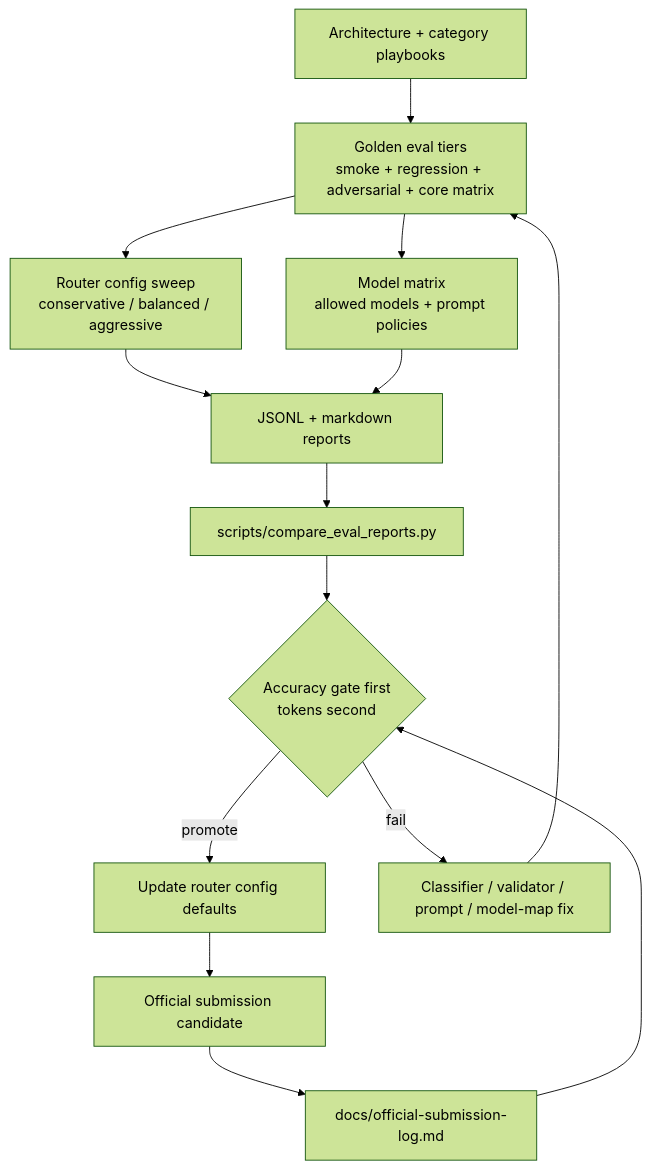
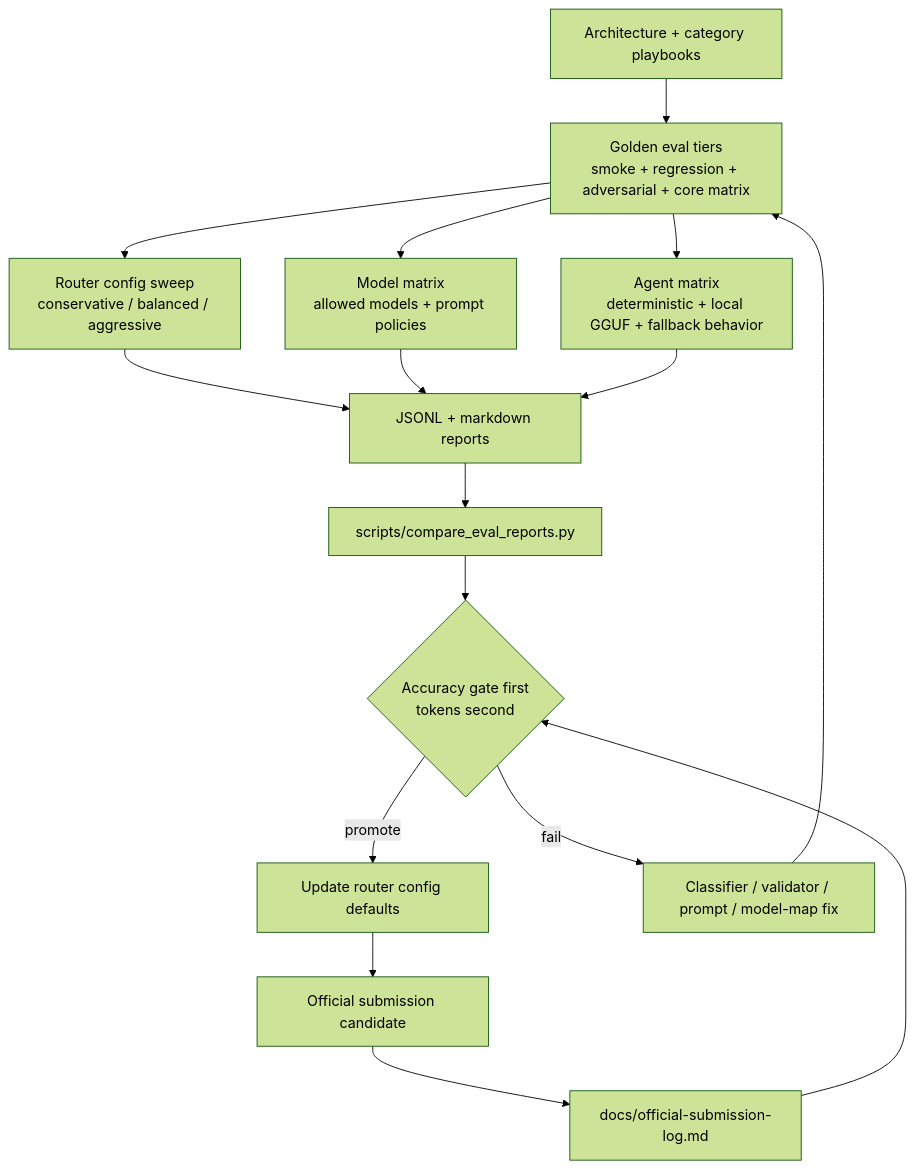
One commit to antoinemawad/juggernaut-router changed the fifth of 5 diagrams in docs/planned-architecture-diagram.md. Above: the diagram before and after it, drawn with Mermaid (forest theme). The commit also changed other lines of this file, not shown here.

Commit message:
Update architecture diagram for local model routing

````diff
--- a/docs/planned-architecture-diagram.md
+++ b/docs/planned-architecture-diagram.md
@@ -161,16 +191,18 @@
 ```mermaid
 flowchart TD
     PLAN[Architecture + category playbooks] --> DATA[Golden eval tiers<br/>smoke + regression + adversarial + core matrix]
     DATA --> SWEEP[Router config sweep<br/>conservative / balanced / aggressive]
     DATA --> MATRIX[Model matrix<br/>allowed models + prompt policies]
+    DATA --> AGENT[Agent matrix<br/>deterministic + local GGUF + fallback behavior]
     SWEEP --> REPORTS[JSONL + markdown reports]
     MATRIX --> REPORTS
+    AGENT --> REPORTS
     REPORTS --> COMPARE[scripts/compare_eval_reports.py]
     COMPARE --> DECIDE{Accuracy gate first<br/>tokens second}
     DECIDE -->|promote| CONFIG[Update router config defaults]
     DECIDE -->|fail| FIX[Classifier / validator / prompt / model-map fix]
     FIX --> DATA
     CONFIG --> SUBMIT[Official submission candidate]
     SUBMIT --> LOG[docs/official-submission-log.md]
     LOG --> DECIDE
 ```
````
